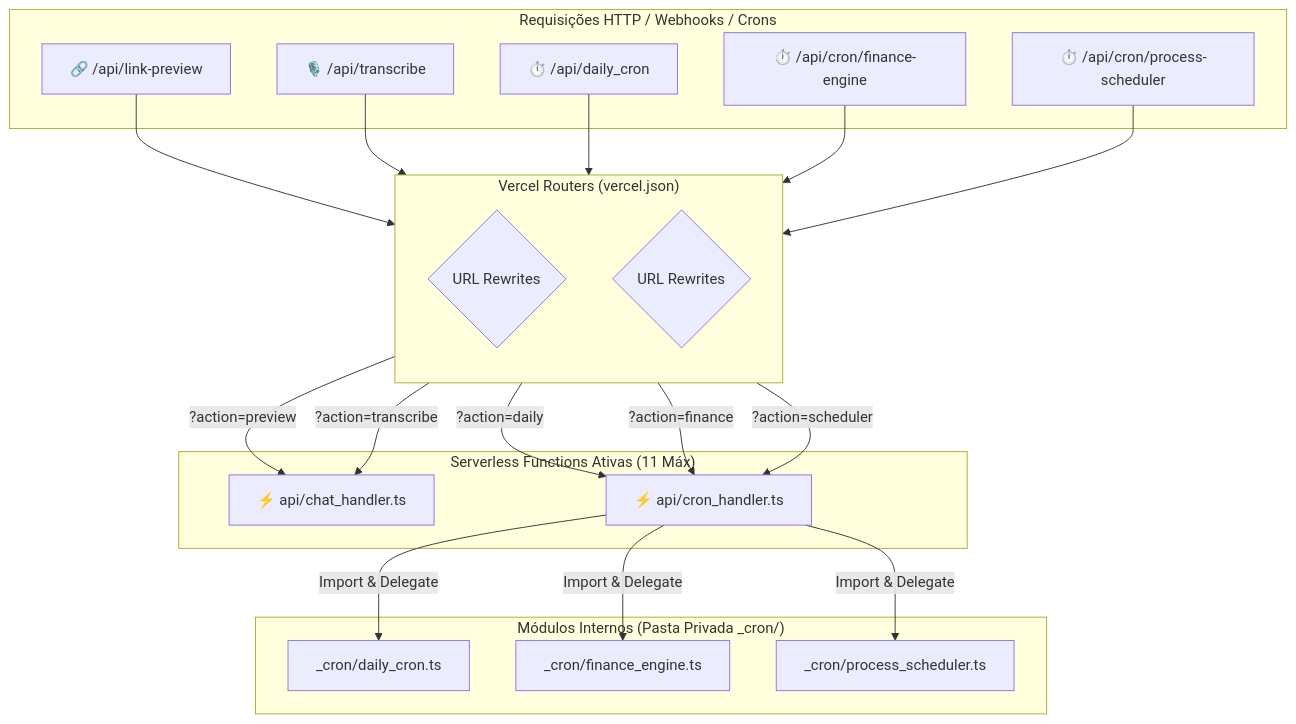
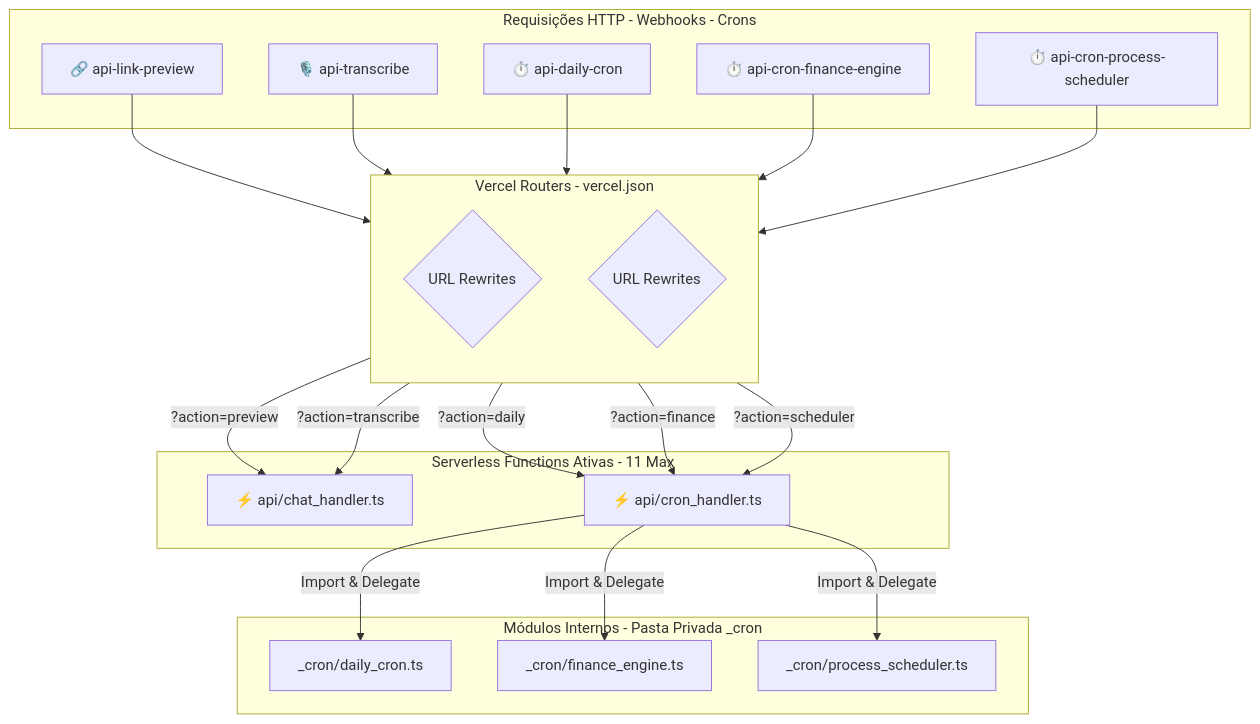
The second of 4 diagrams in README.md (josef10000/hubcrm), drawn with Mermaid before and after one commit. The commit also changed other lines of this file and 3 other files, not shown here.

Commit message:
feat(focus-station): substitui radios por spotify embed, simplifica focus vibes para lofi e corrige renderizacao do mermaid no readme

````diff
--- a/README.md
+++ b/README.md
@@ -262,45 +262,45 @@
 ```mermaid
 graph TD
-    subgraph Chamadas_Externas ["Requisições HTTP / Webhooks / Crons"]
-        R1["🔗 /api/link-preview"]
-        R2["🎙️ /api/transcribe"]
-        C1["⏱️ /api/daily_cron"]
-        C2["⏱️ /api/cron/finance-engine"]
-        C3["⏱️ /api/cron/process-scheduler"]
+    subgraph Chamadas_Externas ["Requisições HTTP - Webhooks - Crons"]
+        R1["🔗 api-link-preview"]
+        R2["🎙️ api-transcribe"]
+        C1["⏱️ api-daily-cron"]
+        C2["⏱️ api-cron-finance-engine"]
+        C3["⏱️ api-cron-process-scheduler"]
     end
 
-    subgraph Vercel_Rewrites ["Vercel Routers (vercel.json)"]
+    subgraph Vercel_Rewrites ["Vercel Routers - vercel.json"]
         direction TB
         RW_Chat{"URL Rewrites"}
         RW_Cron{"URL Rewrites"}
     end
 
-    subgraph Consolidated_Handlers ["Serverless Functions Ativas (11 Máx)"]
+    subgraph Consolidated_Handlers ["Serverless Functions Ativas - 11 Max"]
         ChatHandler["⚡ api/chat_handler.ts"]
         CronHandler["⚡ api/cron_handler.ts"]
     end
 
-    subgraph Private_Business_Logic ["Módulos Internos (Pasta Privada _cron/)"]
+    subgraph Private_Business_Logic ["Módulos Internos - Pasta Privada _cron"]
         DailyCron["_cron/daily_cron.ts"]
         FinanceEngine["_cron/finance_engine.ts"]
         ProcessSched["_cron/process_scheduler.ts"]
     end
 
     %% Flows for Chat
     R1 --> RW_Chat
     R2 --> RW_Chat
     RW_Chat -- "?action=preview" --> ChatHandler
     RW_Chat -- "?action=transcribe" --> ChatHandler
 
     %% Flows for Crons
     C1 --> RW_Cron
     C2 --> RW_Cron
     C3 --> RW_Cron
     RW_Cron -- "?action=daily" --> CronHandler
     RW_Cron -- "?action=finance" --> CronHandler
     RW_Cron -- "?action=scheduler" --> CronHandler
 
     CronHandler -- Import & Delegate --> DailyCron
     CronHandler -- Import & Delegate --> FinanceEngine
     CronHandler -- Import & Delegate --> ProcessSched
 ```
````
